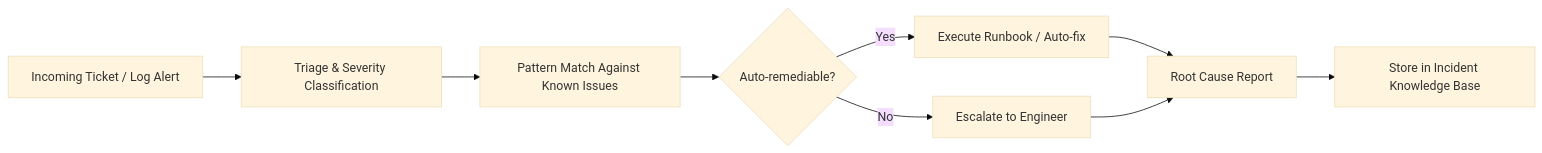
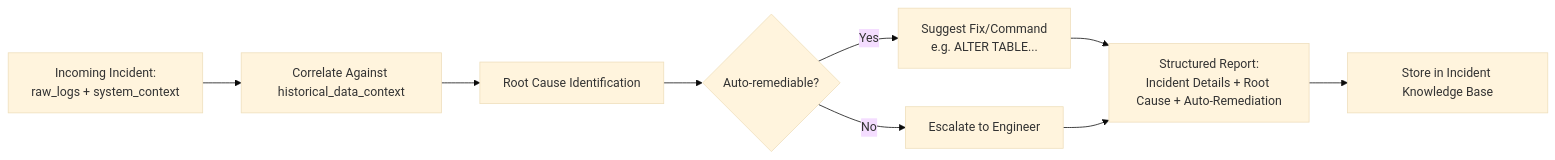
One commit to HarshSinha-1/Multi_agent_orchestration_purposive changed the fourth of 7 diagrams in README.md. Above: the diagram before and after it, drawn with Mermaid (base theme). The commit also changed other lines of this file, not shown here.

````diff
--- a/README.md
+++ b/README.md
@@ -136,11 +129,11 @@
 ```mermaid
 flowchart LR
-    A[Incoming Ticket / Log Alert] --> B[Triage & Severity Classification]
-    B --> C[Pattern Match Against Known Issues]
+    A[Incoming Incident:<br/>raw_logs + system_context] --> B[Correlate Against historical_data_context]
+    B --> C[Root Cause Identification]
     C --> D{Auto-remediable?}
-    D -->|Yes| E[Execute Runbook / Auto-fix]
+    D -->|Yes| E[Suggest Fix/Command<br/>e.g. ALTER TABLE...]
     D -->|No| F[Escalate to Engineer]
-    E --> G[Root Cause Report]
+    E --> G[Structured Report:<br/>Incident Details + Root Cause + Auto-Remediation]
     F --> G
     G --> H[Store in Incident Knowledge Base]
 ```
````
